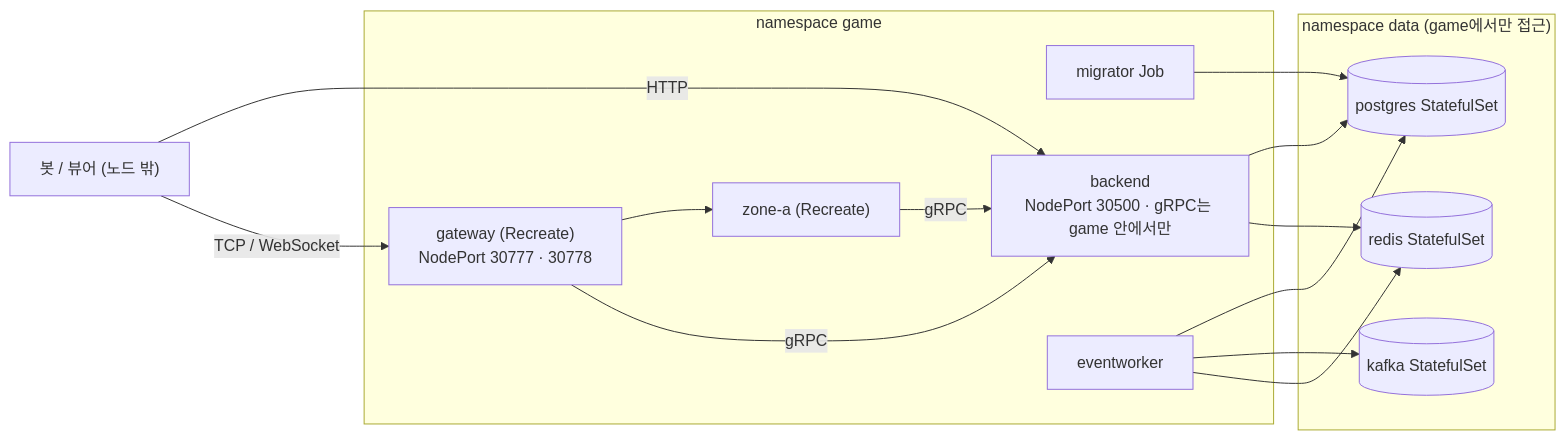
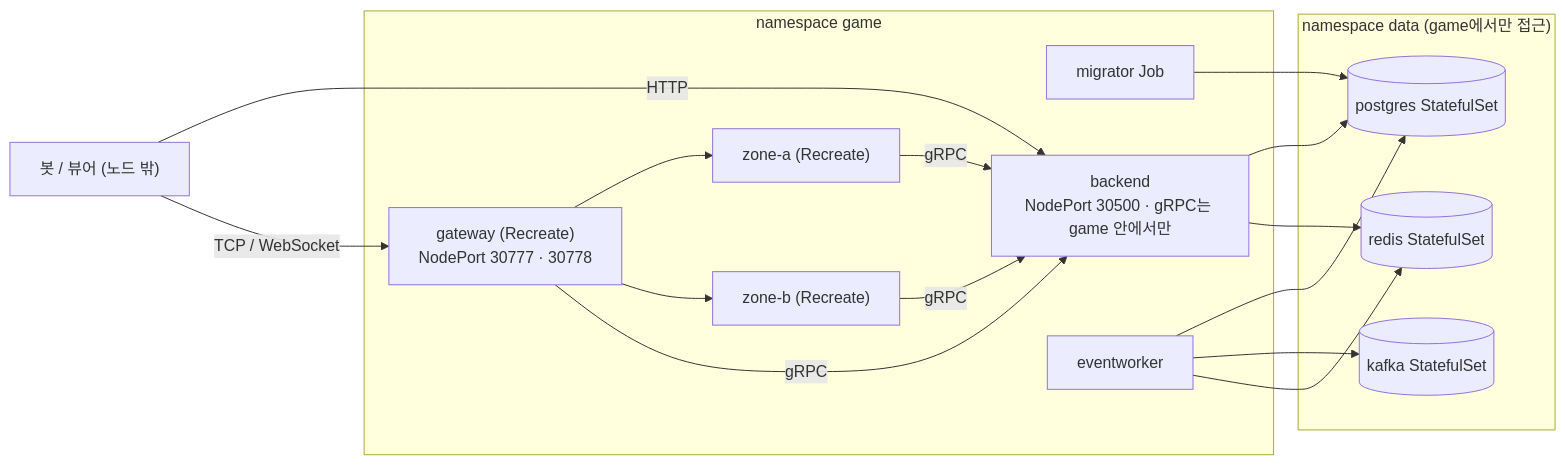
The tenth of 10 diagrams in README.md (hstar0124/sa-server), drawn with Mermaid before and after one commit. The commit also changed other lines of this file and 5 other files, not shown here.

````diff
--- a/README.md
+++ b/README.md
@@ -518,27 +525,30 @@
 ```mermaid
 flowchart LR
     C["봇 / 뷰어 (노드 밖)"]
     subgraph data["namespace data (game에서만 접근)"]
         KPG[("postgres StatefulSet")]
         KKF[("kafka StatefulSet")]
         KRD[("redis StatefulSet")]
     end
     subgraph game["namespace game"]
         KMG["migrator Job"]
         KBE["backend<br/>NodePort 30500 · gRPC는 game 안에서만"]
         KEW["eventworker"]
         KZA["zone-a (Recreate)"]
+        KZB["zone-b (Recreate)"]
         KGW["gateway (Recreate)<br/>NodePort 30777 · 30778"]
     end
     C -->|HTTP| KBE
     C -->|TCP / WebSocket| KGW
     KGW --> KZA
+    KGW --> KZB
     KGW -->|gRPC| KBE
     KZA -->|gRPC| KBE
+    KZB -->|gRPC| KBE
     KBE --> KPG
     KEW --> KPG
     KEW --> KKF
     KEW --> KRD
     KBE --> KRD
     KMG --> KPG
 ```
````
